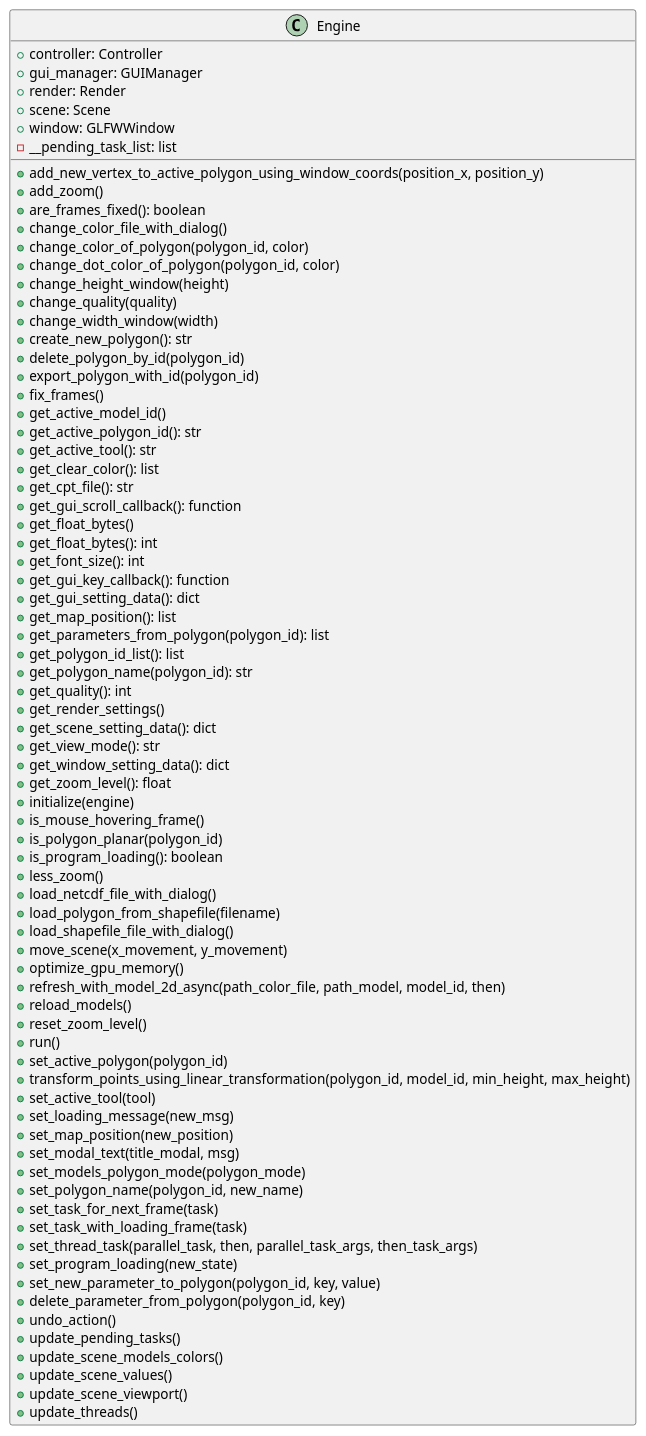
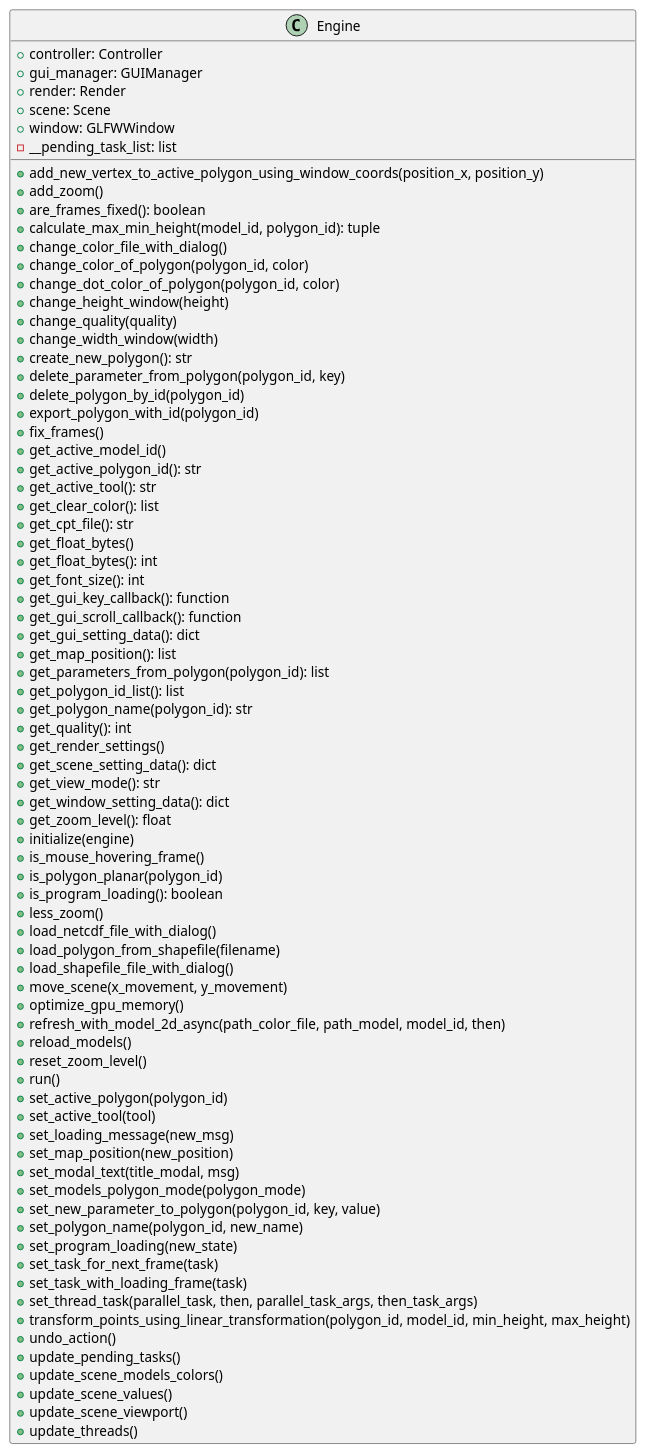
The diagram in docs/classes/Engine.puml (ferpoble2/Relief_Creator), drawn with PlantUML before and after one commit. The commit also changed 8 other files, not shown here.

Commit message:
Implemented logic to calculate the maximum and minimum height values of the points that are inside the polygon

```diff
--- a/docs/classes/Engine.puml
+++ b/docs/classes/Engine.puml
@@ -1,79 +1,80 @@
 @startuml
 class Engine {
     + controller: Controller
     + gui_manager: GUIManager
     + render: Render
     + scene: Scene
     + window: GLFWWindow
     - __pending_task_list: list
     + add_new_vertex_to_active_polygon_using_window_coords(position_x, position_y)
     + add_zoom()
     + are_frames_fixed(): boolean
+    + calculate_max_min_height(model_id, polygon_id): tuple
     + change_color_file_with_dialog()
     + change_color_of_polygon(polygon_id, color)
     + change_dot_color_of_polygon(polygon_id,  color)
     + change_height_window(height)
     + change_quality(quality)
     + change_width_window(width)
     + create_new_polygon(): str
+    + delete_parameter_from_polygon(polygon_id, key)
     + delete_polygon_by_id(polygon_id)
     + export_polygon_with_id(polygon_id)
     + fix_frames()
     + get_active_model_id()
     + get_active_polygon_id(): str
     + get_active_tool(): str
     + get_clear_color(): list
     + get_cpt_file(): str
-    + get_gui_scroll_callback(): function
     + get_float_bytes()
     + get_float_bytes(): int
     + get_font_size(): int
     + get_gui_key_callback(): function
+    + get_gui_scroll_callback(): function
     + get_gui_setting_data(): dict
     + get_map_position(): list
     + get_parameters_from_polygon(polygon_id): list
     + get_polygon_id_list(): list
     + get_polygon_name(polygon_id): str
     + get_quality(): int
     + get_render_settings()
     + get_scene_setting_data(): dict
     + get_view_mode(): str
     + get_window_setting_data(): dict
     + get_zoom_level(): float
     + initialize(engine)
     + is_mouse_hovering_frame()
     + is_polygon_planar(polygon_id)
     + is_program_loading(): boolean
     + less_zoom()
     + load_netcdf_file_with_dialog()
     + load_polygon_from_shapefile(filename)
     + load_shapefile_file_with_dialog()
     + move_scene(x_movement, y_movement)
     + optimize_gpu_memory()
     + refresh_with_model_2d_async(path_color_file, path_model, model_id, then)
     + reload_models()
     + reset_zoom_level()
     + run()
     + set_active_polygon(polygon_id)
-    + transform_points_using_linear_transformation(polygon_id, model_id, min_height, max_height)
     + set_active_tool(tool)
     + set_loading_message(new_msg)
     + set_map_position(new_position)
     + set_modal_text(title_modal, msg)
     + set_models_polygon_mode(polygon_mode)
+    + set_new_parameter_to_polygon(polygon_id, key, value)
     + set_polygon_name(polygon_id, new_name)
+    + set_program_loading(new_state)
     + set_task_for_next_frame(task)
     + set_task_with_loading_frame(task)
     + set_thread_task(parallel_task, then, parallel_task_args, then_task_args)
-    + set_program_loading(new_state)
-    + set_new_parameter_to_polygon(polygon_id, key, value)
-    + delete_parameter_from_polygon(polygon_id, key)
+    + transform_points_using_linear_transformation(polygon_id, model_id, min_height, max_height)
     + undo_action()
     + update_pending_tasks()
     + update_scene_models_colors()
     + update_scene_values()
     + update_scene_viewport()
     + update_threads()
 }
 
 @enduml
```
